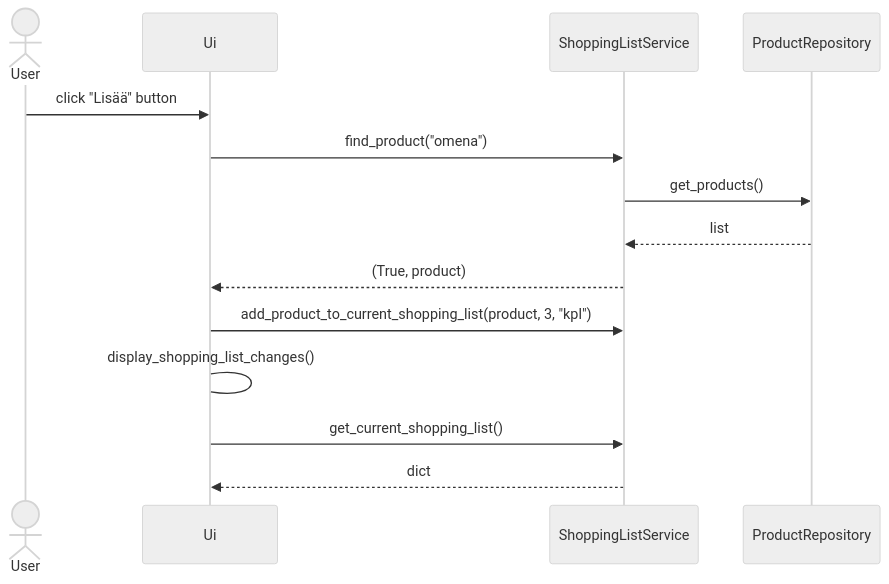
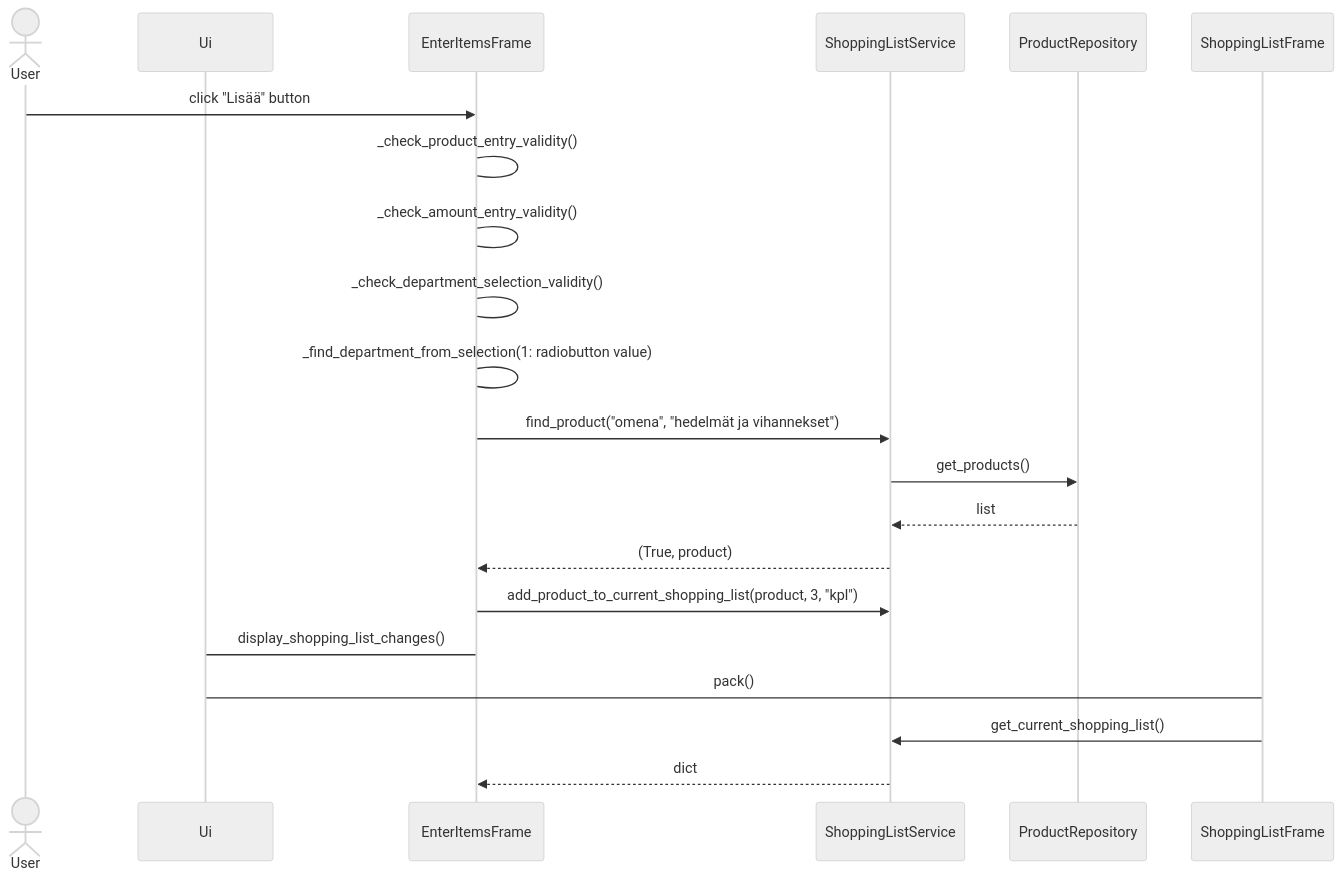
One commit to cameocami/ot-harjoitustyo changed the third of 3 diagrams in dokumentaatio/arkkitehtuuri.md. Above: the diagram before and after it, drawn with Mermaid (neutral theme). The commit also changed other lines of this file, not shown here.

````diff
--- a/dokumentaatio/arkkitehtuuri.md
+++ b/dokumentaatio/arkkitehtuuri.md
@@ -28,19 +83,28 @@
 ```mermaid
 sequenceDiagram
 
   actor User
   participant Ui
+  participant EnterItemsFrame
   participant ShoppingListService
   participant ProductRepository
 
-  User ->> Ui: click "Lisää" button
-  Ui ->> ShoppingListService: find_product("omena")
+  User ->> EnterItemsFrame: click "Lisää" button
+  
+  EnterItemsFrame -> EnterItemsFrame: _check_product_entry_validity()
+  EnterItemsFrame -> EnterItemsFrame: _check_amount_entry_validity()
+  EnterItemsFrame -> EnterItemsFrame: _check_department_selection_validity()
+  EnterItemsFrame -> EnterItemsFrame: _find_department_from_selection(1: radiobutton value)
+
+  EnterItemsFrame ->> ShoppingListService: find_product("omena", "hedelmät ja vihannekset")
   ShoppingListService ->> ProductRepository: get_products()
   ProductRepository -->> ShoppingListService: list
-  ShoppingListService -->> Ui: (True, product)
-  Ui ->> ShoppingListService: add_product_to_current_shopping_list(product, 3, "kpl")
-  Ui -> Ui: display_shopping_list_changes()
-  Ui ->> ShoppingListService: get_current_shopping_list()
-  ShoppingListService -->> Ui: dict
+  ShoppingListService -->> EnterItemsFrame: (True, product)
+  EnterItemsFrame ->> ShoppingListService: add_product_to_current_shopping_list(product, 3, "kpl")
+  EnterItemsFrame -> Ui: display_shopping_list_changes()
+  
+  Ui -> ShoppingListFrame: pack()
+  ShoppingListFrame ->> ShoppingListService: get_current_shopping_list()
+  ShoppingListService -->> EnterItemsFrame: dict  
   
 ```
````
